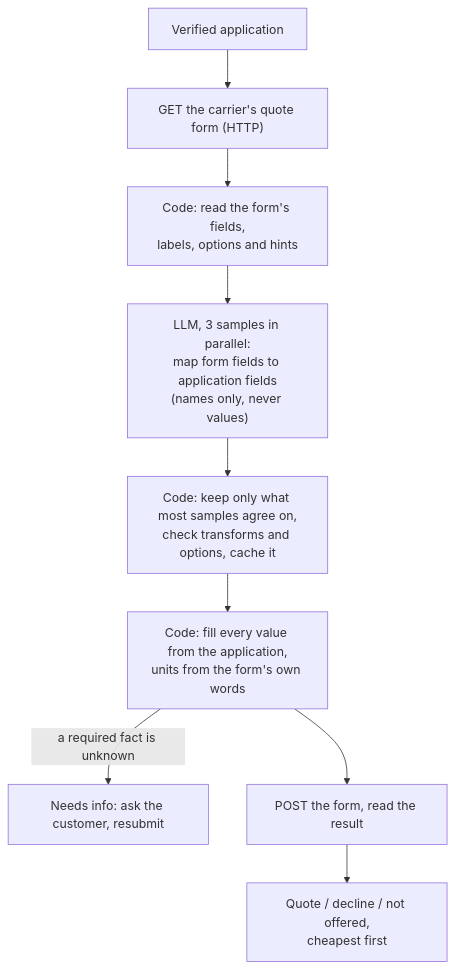
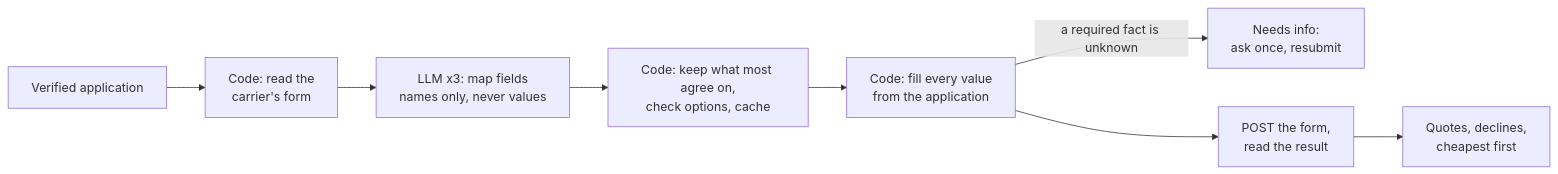
One commit to iyerbrah/QuoteRunner changed the third of 3 diagrams in README.md. Above: the diagram before and after it, drawn with Mermaid. The commit also changed other lines of this file and 4 other files, not shown here.

````diff
--- a/README.md
+++ b/README.md
@@ -63,11 +80,10 @@
 ```mermaid
-flowchart TD
-    A["Verified application"] --> G["GET the carrier's quote form (HTTP)"]
-    G --> F["Code: read the form's fields,<br/>labels, options and hints"]
-    F --> M["LLM, 3 samples in parallel:<br/>map form fields to application fields<br/>(names only, never values)"]
-    M --> K["Code: keep only what most samples agree on,<br/>check transforms and options, cache it"]
-    K --> P["Code: fill every value from the application,<br/>units from the form's own words"]
-    P -->|a required fact is unknown| Q["Needs info: ask the customer, resubmit"]
-    P --> S["POST the form, read the result"]
-    S --> C["Quote / decline / not offered,<br/>cheapest first"]
+flowchart LR
+  A[Verified application] --> F[Code: read the<br/>carrier's form]
+  F --> M[LLM x3: map fields<br/>names only, never values]
+  M --> K[Code: keep what most agree on,<br/>check options, cache]
+  K --> P[Code: fill every value<br/>from the application]
+  P -->|a required fact is unknown| Q[Needs info:<br/>ask once, resubmit]
+  P --> S[POST the form,<br/>read the result]
+  S --> C[Quotes, declines,<br/>cheapest first]
 ```
````
